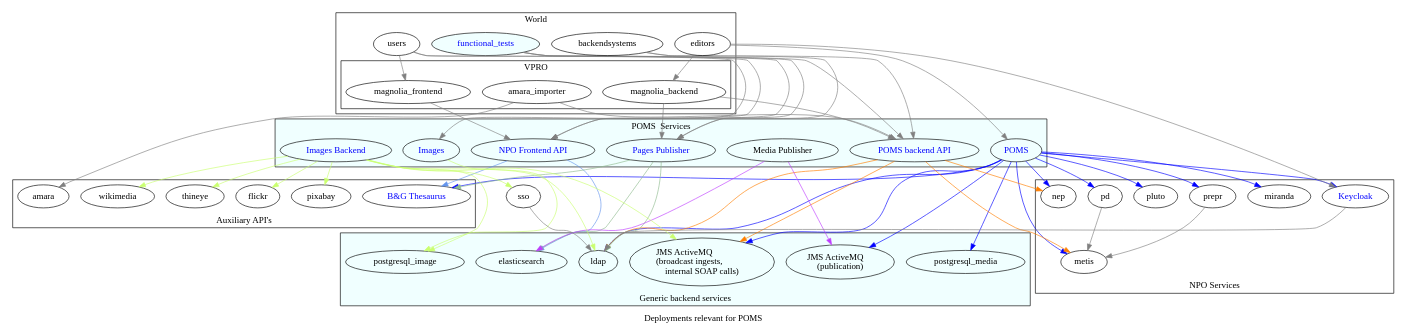
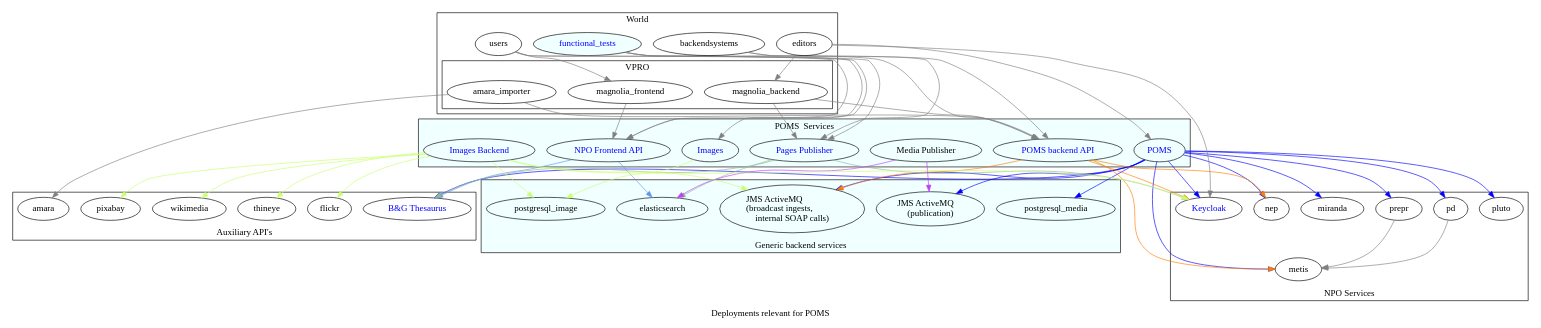
The diagram in poms-deployment.dot (npo-poms/poms-parent), drawn with Graphviz before and after one commit. The commit also changed 4 other files, not shown here.

Commit message:
dropped ldap/sso which we dont (explicitely) use any more

```diff
--- a/poms-deployment.dot
+++ b/poms-deployment.dot
@@ -1,189 +1,178 @@
 digraph poms_universe {
 
     label="Deployments relevant for POMS"
     edge [
       color=gray
     ]
 
     poms [ label="POMS" href="https://poms.omroep.nl/" fontcolor=blue ]
     poms_backend [ label="POMS backend API" href="https://api.poms.omroep.nl/" fontcolor=blue ]
     api [ label = "NPO Frontend API" href="https://rs.poms.omroep.nl/" fontcolor=blue ]
     pages_publish [ label = "Pages Publisher"     href="https://publish.pages.omroep.nl/" fontcolor=blue ]
     media_publish [ label = "Media Publisher" ]
     images_frontend [ label = "Images" href="https://images.poms.omroep.nl" fontcolor=blue]
     images_backend [ label = "Images Backend" href="https://poms.omroep.nl/images/" fontcolor=blue ]
     gtaa [ label ="B&G Thesaurus"  href="http://gtaa.beeldengeluid.nl/" fontcolor=blue]
     thineye
     functional_tests [
        fillcolor=azure
        style=filled
        href="https://jenkins.vpro.nl/job/POMS%20Functional%20Tests/"
        fontcolor="blue"
     ]
 
     subgraph cluster_0  {
       label="Generic backend services"
       labelloc=b
       bgcolor=azure
       postgresql_media
       postgresql_image
       elasticsearch
       jms_ingest [ label = "JMS ActiveMQ\l(broadcast ingests,\linternal SOAP calls)" ]
       jms_publish [ label = "JMS ActiveMQ\l(publication)" ]
-      ldap
-      // gosa [ label="GOSa" href="https://admin.sso.omroep.nl/" fontcolor=blue
-
     }
 
 
 subgraph cluster_3  {
   label="World"
   users
   backendsystems
   editors
   functional_tests
 subgraph cluster_2  {
   label="VPRO"
   magnolia_frontend
   magnolia_backend
   amara_importer
 }
 
 }
 subgraph cluster_4  {
   label="POMS  Services"
   bgcolor=azure
   poms
   poms_backend
   pages_publish
   media_publish
   api
   images_frontend
   images_backend
 }
 
 subgraph cluster_5  {
   label="NPO Services"
   labelloc=b
   metis
   pd
   prepr
   miranda
   pluto
   nep
   keycloak [ label = "Keycloak" href="https://ident.poms.omroep.nl/auth/" fontcolor=blue]
 }
 
 subgraph cluster_6 {
   label="Auxiliary API's"
   labelloc=b
   gtaa
   thineye
   wikimedia
   pixabay
   flickr
   amara
 }
 
 editors -> {
   magnolia_backend
   poms
   keycloak
 }
 
 users -> {
   magnolia_frontend
   api
   images_frontend
 }
 
 backendsystems -> {
   poms_backend
   pages_publish
 }
 
 poms -> {
   postgresql_media
   jms_publish
   jms_ingest
   keycloak
-  ldap
   miranda
   prepr
   pd
   metis
   pluto
   nep
   gtaa
 }[color=blue]
 
 poms_backend -> {
   jms_ingest
-  ldap
   metis
-  ldap
   nep
+  keycloak
 }[color=darkorange1]
 
 api -> {
   elasticsearch
   gtaa
 }[color=cornflowerblue]
 
 pages_publish-> {
   elasticsearch
-  ldap
+  keycloak
   gtaa
 }[color=darkseagreen]
 
 media_publish -> {
   elasticsearch
   jms_publish
 }[color=darkorchid1]
 
 
 images_frontend -> {
   postgresql_image
 }[color=darkolivegreen1]
+
 images_backend -> {
   postgresql_image
   jms_ingest
-  sso
-  ldap
+  keycloak
   thineye
   wikimedia
   pixabay
   flickr
 }[color=darkolivegreen1]
 
 magnolia_backend -> {
   poms_backend
   pages_publish
 }
 
 magnolia_frontend -> {
   api
 }
 
-sso -> ldap
-
 prepr -> metis
 pd -> metis
-
-//gosa -> ldap
-
-keycloak -> ldap
 
 
 functional_tests -> {
   poms_backend
   pages_publish
   api
 }
 
 amara_importer -> {
   poms_backend
   amara
 }
 
 }
```
